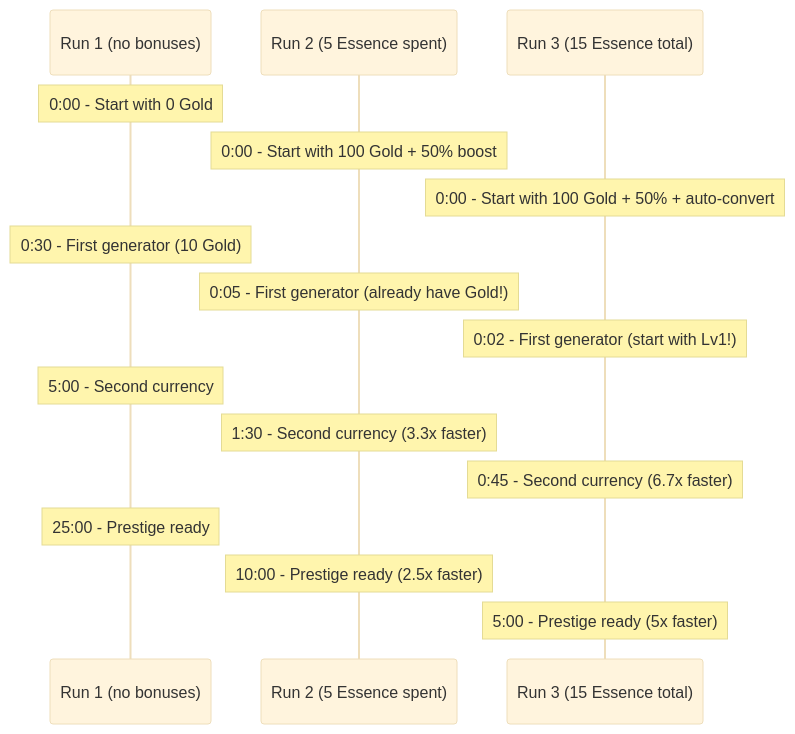
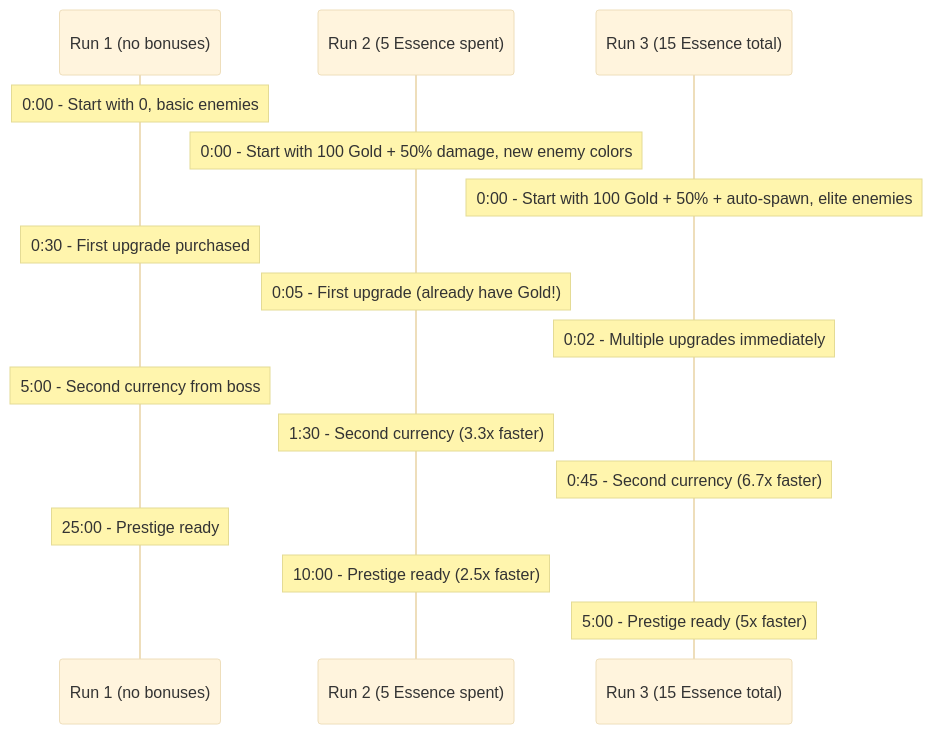
Before and after one commit to J-Gierend/gamePocGen: the fourth of 6 diagrams in prompts/phase2-gdd/prestige.md, drawn with Mermaid (base theme). The commit also changed other lines of this file and 9 other files, not shown here.

````diff
--- a/prompts/phase2-gdd/prestige.md
+++ b/prompts/phase2-gdd/prestige.md
@@ -142,22 +151,22 @@
 ```mermaid
 sequenceDiagram
     participant R1 as Run 1 (no bonuses)
     participant R2 as Run 2 (5 Essence spent)
     participant R3 as Run 3 (15 Essence total)
 
-    Note over R1: 0:00 - Start with 0 Gold
-    Note over R2: 0:00 - Start with 100 Gold + 50% boost
-    Note over R3: 0:00 - Start with 100 Gold + 50% + auto-convert
+    Note over R1: 0:00 - Start with 0, basic enemies
+    Note over R2: 0:00 - Start with 100 Gold + 50% damage, new enemy colors
+    Note over R3: 0:00 - Start with 100 Gold + 50% + auto-spawn, elite enemies
 
-    Note over R1: 0:30 - First generator (10 Gold)
-    Note over R2: 0:05 - First generator (already have Gold!)
-    Note over R3: 0:02 - First generator (start with Lv1!)
+    Note over R1: 0:30 - First upgrade purchased
+    Note over R2: 0:05 - First upgrade (already have Gold!)
+    Note over R3: 0:02 - Multiple upgrades immediately
 
-    Note over R1: 5:00 - Second currency
+    Note over R1: 5:00 - Second currency from boss
     Note over R2: 1:30 - Second currency (3.3x faster)
     Note over R3: 0:45 - Second currency (6.7x faster)
 
     Note over R1: 25:00 - Prestige ready
     Note over R2: 10:00 - Prestige ready (2.5x faster)
     Note over R3: 5:00 - Prestige ready (5x faster)
 ```
````
